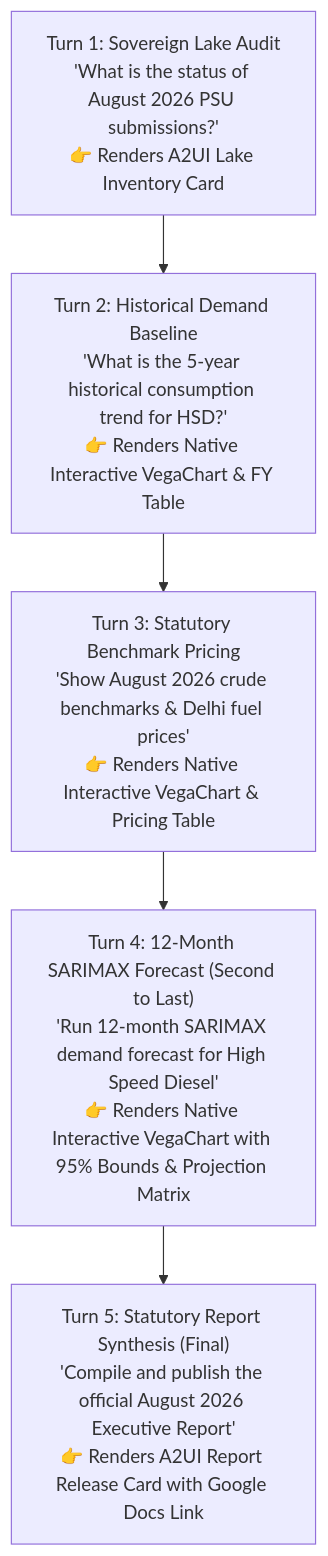
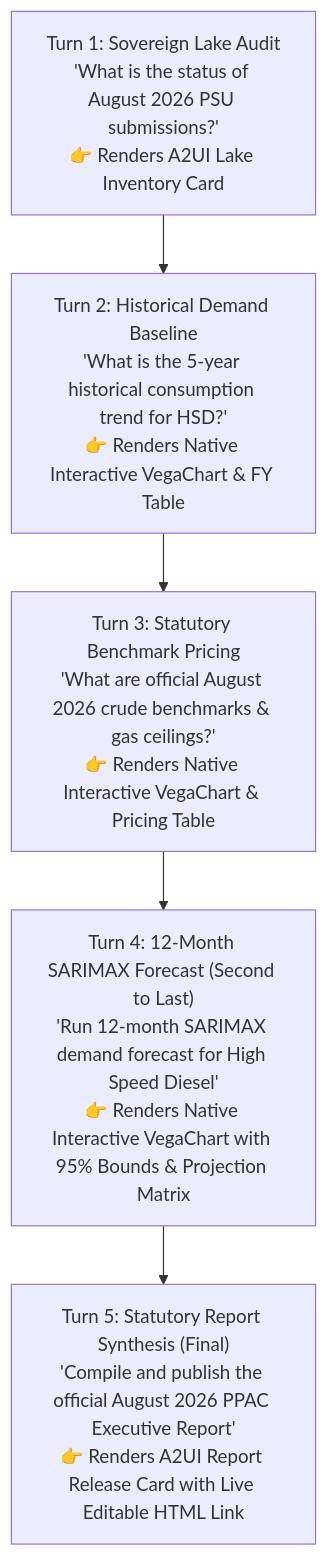
Before and after one commit to amandeepsinghs-cyber/ppac-energy-intelligence-agent: the diagram in README.md, drawn with Mermaid. The commit also changed other lines of this file and 4 other files, not shown here.

First line of the commit message:
feat: reformat report publication output for interactive HTML and fix pricing chart spec

````diff
--- a/README.md
+++ b/README.md
@@ -75,10 +76,10 @@
 ```mermaid
 flowchart TD
     Turn1["Turn 1: Sovereign Lake Audit\n'What is the status of August 2026 PSU submissions?'\n👉 Renders A2UI Lake Inventory Card"]
     Turn2["Turn 2: Historical Demand Baseline\n'What is the 5-year historical consumption trend for HSD?'\n👉 Renders Native Interactive VegaChart & FY Table"]
-    Turn3["Turn 3: Statutory Benchmark Pricing\n'Show August 2026 crude benchmarks & Delhi fuel prices'\n👉 Renders Native Interactive VegaChart & Pricing Table"]
+    Turn3["Turn 3: Statutory Benchmark Pricing\n'What are official August 2026 crude benchmarks & gas ceilings?'\n👉 Renders Native Interactive VegaChart & Pricing Table"]
     Turn4["Turn 4: 12-Month SARIMAX Forecast (Second to Last)\n'Run 12-month SARIMAX demand forecast for High Speed Diesel'\n👉 Renders Native Interactive VegaChart with 95% Bounds & Projection Matrix"]
-    Turn5["Turn 5: Statutory Report Synthesis (Final)\n'Compile and publish the official August 2026 Executive Report'\n👉 Renders A2UI Report Release Card with Google Docs Link"]
+    Turn5["Turn 5: Statutory Report Synthesis (Final)\n'Compile and publish the official August 2026 PPAC Executive Report'\n👉 Renders A2UI Report Release Card with Live Editable HTML Link"]
 
     Turn1 --> Turn2 --> Turn3 --> Turn4 --> Turn5
 ```
````
